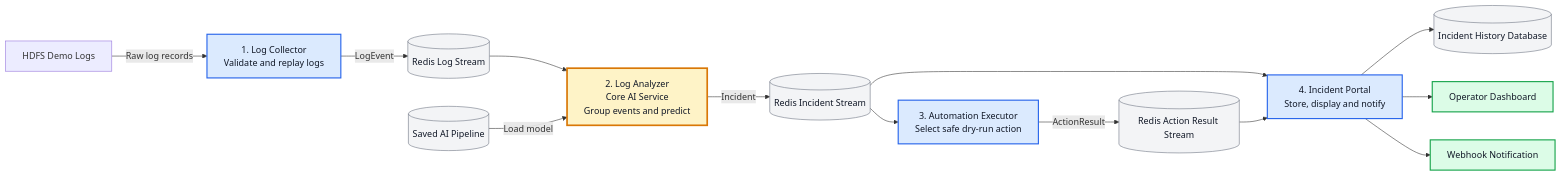
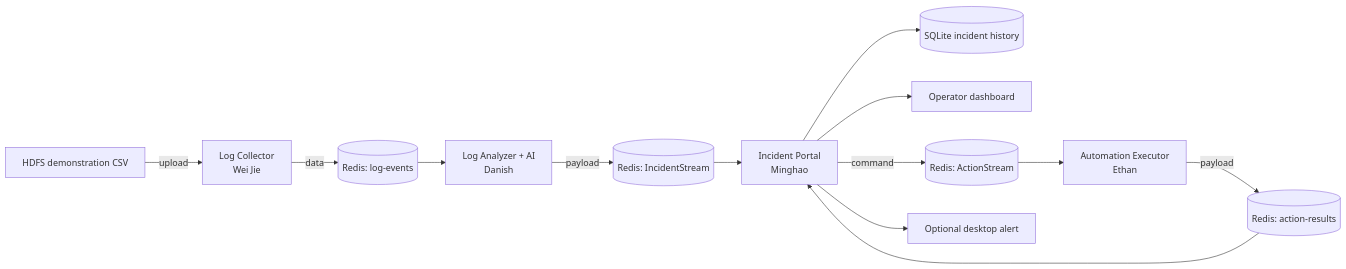
Before and after one commit to 10299hao/EGT307-Project: the diagram in README.md, drawn with Mermaid. The commit also changed other lines of this file, not shown here.

````diff
--- a/README.md
+++ b/README.md
@@ -163,41 +35,28 @@
 ```mermaid
 flowchart LR
-    Logs["HDFS Demo Logs"]
+    Data["HDFS demonstration CSV"]
+    Collector["Log Collector<br/>Wei Jie"]
+    LogStream[("Redis: log-events")]
+    Analyzer["Log Analyzer + AI<br/>Danish"]
+    IncidentStream[("Redis: IncidentStream")]
+    Portal["Incident Portal<br/>Minghao"]
+    Database[("SQLite incident history")]
+    Dashboard["Operator dashboard"]
+    ActionStream[("Redis: ActionStream")]
+    Executor["Automation Executor<br/>Ethan"]
+    ResultStream[("Redis: action-results")]
+    Notification["Optional desktop alert"]
 
-    Collector["1. Log Collector<br/>Validate and replay logs"]
-    Analyzer["2. Log Analyzer<br/>Core AI Service<br/>Group events and predict"]
-    Executor["3. Automation Executor<br/>Select safe dry-run action"]
-    Portal["4. Incident Portal<br/>Store, display and notify"]
-
-    LogStream[("Redis Log Stream")]
-    Model[("Saved AI Pipeline")]
-    IncidentStream[("Redis Incident Stream")]
-    ResultStream[("Redis Action Result Stream")]
-    Database[("Incident History Database")]
-
-    Dashboard["Operator Dashboard"]
-    Webhook["Webhook Notification"]
-
-    Logs -->|"Raw log records"| Collector
-    Collector -->|"LogEvent"| LogStream
+    Data -->|"upload"| Collector
+    Collector -->|"data"| LogStream
     LogStream --> Analyzer
-    Model -->|"Load model"| Analyzer
-    Analyzer -->|"Incident"| IncidentStream
-    IncidentStream --> Executor
+    Analyzer -->|"payload"| IncidentStream
     IncidentStream --> Portal
-    Executor -->|"ActionResult"| ResultStream
-    ResultStream --> Portal
     Portal --> Database
     Portal --> Dashboard
-    Portal --> Webhook
-
-    classDef service fill:#dbeafe,stroke:#2563eb,stroke-width:2px,color:#111827
-    classDef ai fill:#fef3c7,stroke:#d97706,stroke-width:3px,color:#111827
-    classDef support fill:#f3f4f6,stroke:#6b7280,stroke-width:1px,color:#111827
-    classDef output fill:#dcfce7,stroke:#16a34a,stroke-width:2px,color:#111827
-
-    class Collector,Executor,Portal service
-    class Analyzer ai
-    class LogStream,Model,IncidentStream,ResultStream,Database support
-    class Dashboard,Webhook output
+    Portal --> Notification
+    Portal -->|"command"| ActionStream
+    ActionStream --> Executor
+    Executor -->|"payload"| ResultStream
+    ResultStream --> Portal
 ```
````
